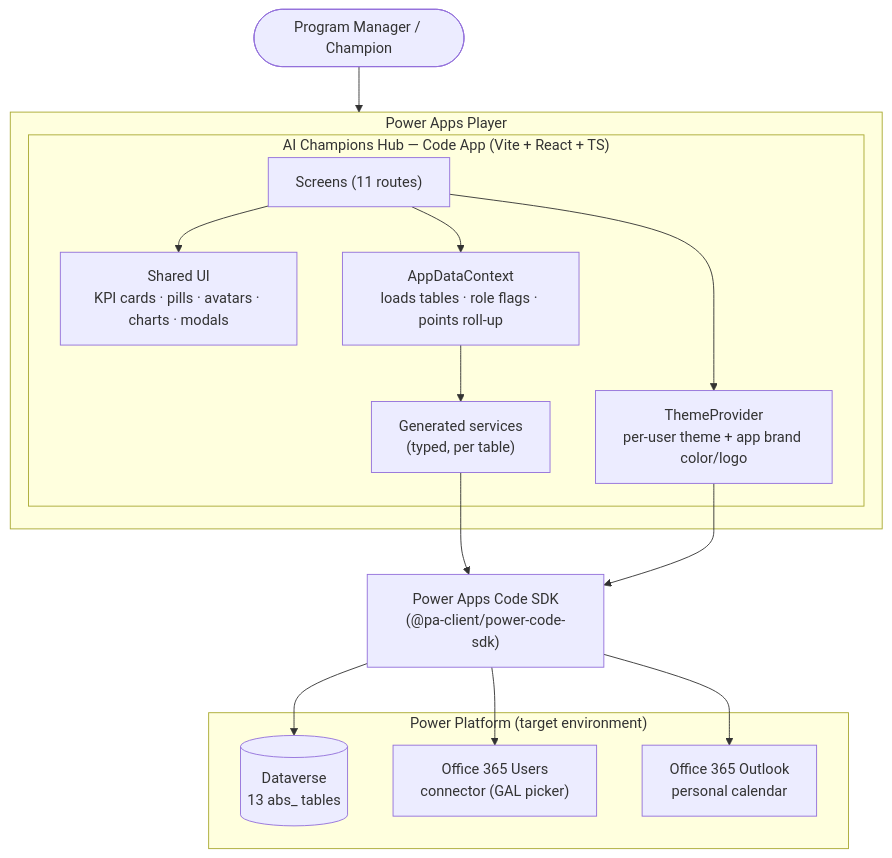
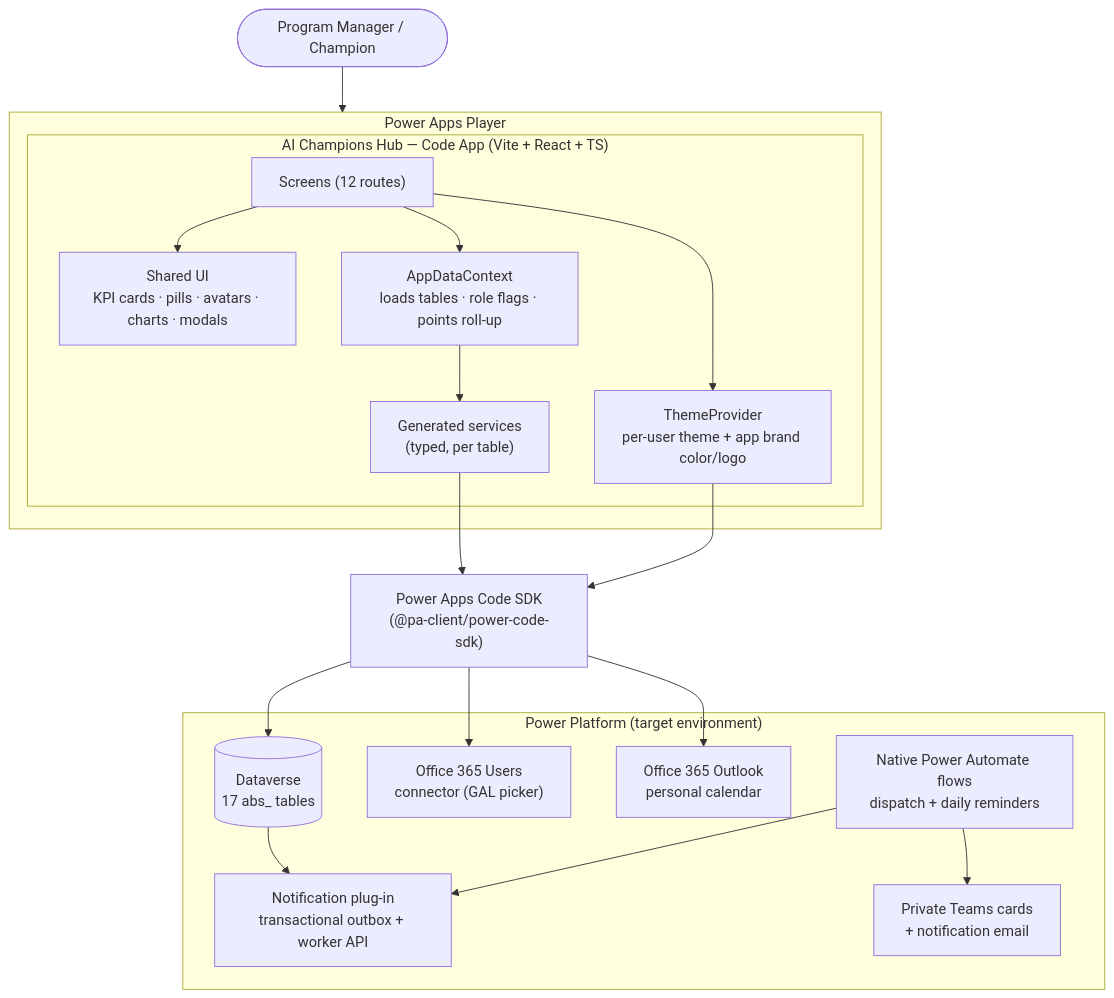
The first of 2 diagrams in README.md (nedian167/ai-champions-hub), drawn with Mermaid before and after one commit. The commit also changed other lines of this file and 50 other files, not shown here.

````diff
--- a/README.md
+++ b/README.md
@@ -73,33 +82,39 @@
 ```mermaid
 flowchart TB
     user([Program Manager / Champion])
 
     subgraph player["Power Apps Player"]
         subgraph app["AI Champions Hub — Code App (Vite + React + TS)"]
-            screens["Screens (11 routes)"]
+            screens["Screens (12 routes)"]
             shared["Shared UI<br/>KPI cards · pills · avatars · charts · modals"]
             ctx["AppDataContext<br/>loads tables · role flags · points roll-up"]
             theme["ThemeProvider<br/>per-user theme + app brand color/logo"]
             svc["Generated services<br/>(typed, per table)"]
             screens --> ctx
             screens --> shared
             screens --> theme
             ctx --> svc
         end
     end
 
     sdk["Power Apps Code SDK<br/>(@pa-client/power-code-sdk)"]
 
     subgraph pp["Power Platform (target environment)"]
-        dv[("Dataverse<br/>13 abs_ tables")]
+        dv[("Dataverse<br/>17 abs_ tables")]
         o365["Office 365 Users<br/>connector (GAL picker)"]
         outlook["Office 365 Outlook<br/>personal calendar"]
+        capture["Notification plug-in<br/>transactional outbox + worker API"]
+        flows["Native Power Automate flows<br/>dispatch + daily reminders"]
+        channels["Private Teams cards<br/>+ notification email"]
     end
 
     user --> player
     svc --> sdk
     theme --> sdk
     sdk --> dv
     sdk --> o365
     sdk --> outlook
+    dv --> capture
+    flows --> capture
+    flows --> channels
 ```
````
